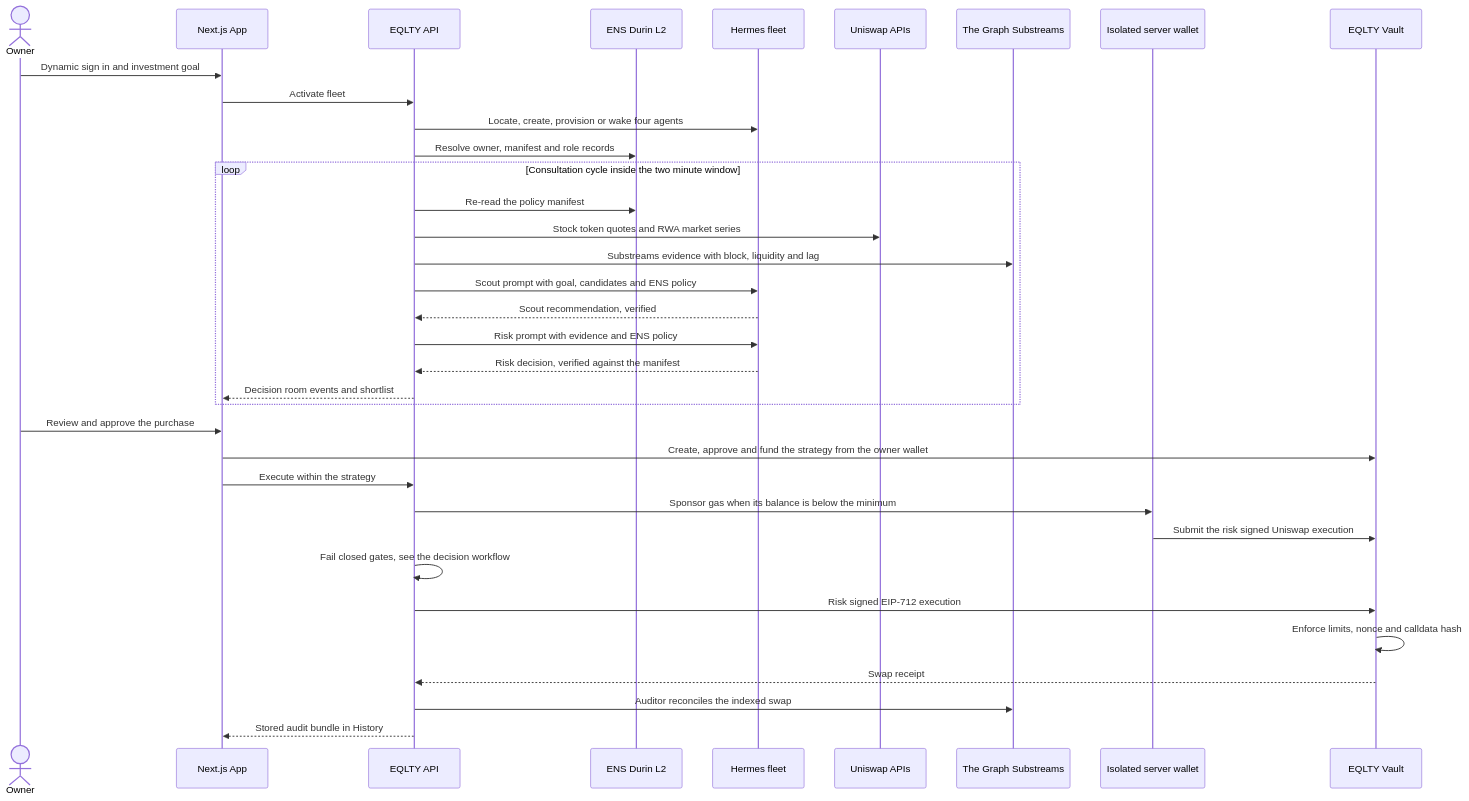
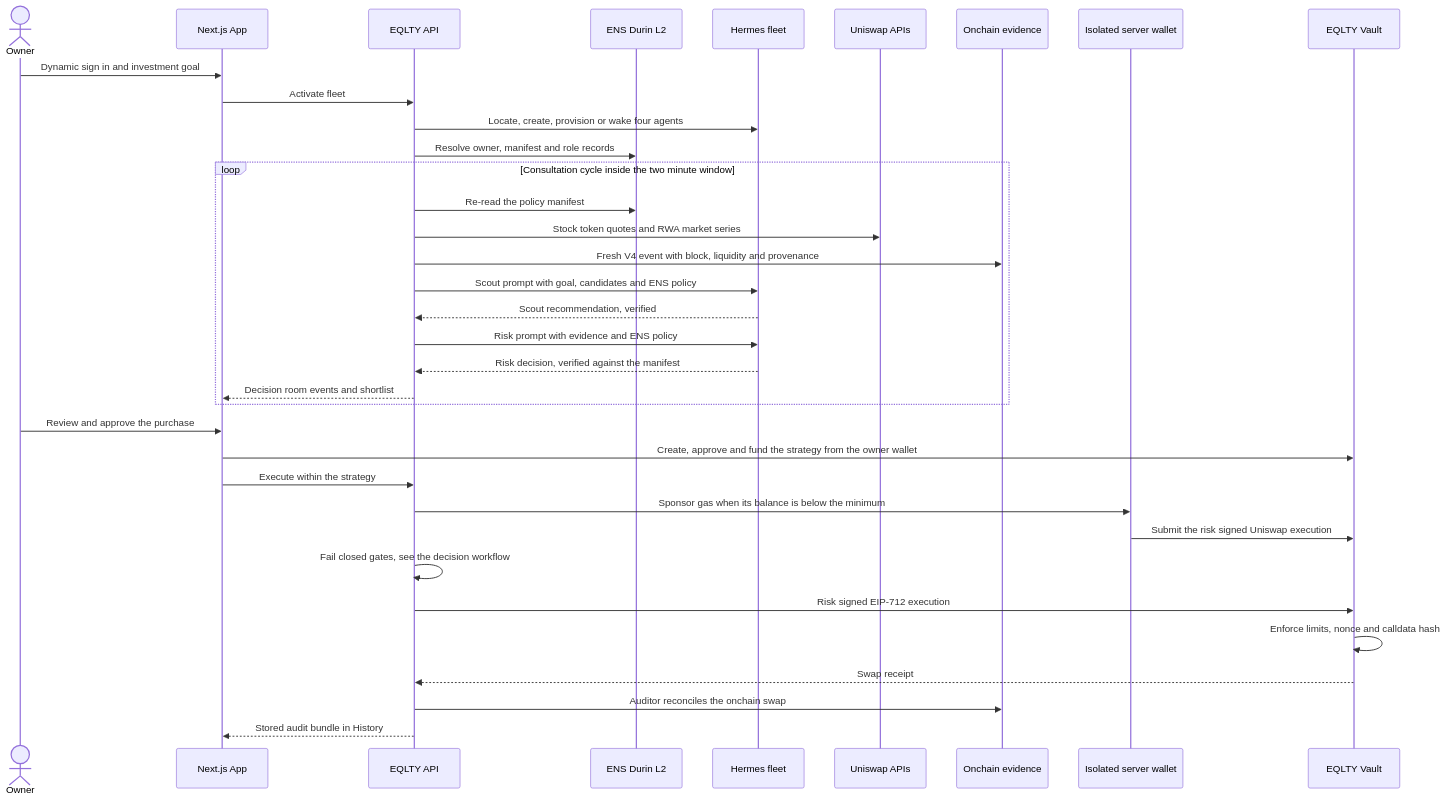
Before and after one commit to PerkOS-xyz/PerkOS-EQLTY: the second of 3 diagrams in README.md, drawn with Mermaid. The commit also changed other lines of this file and 5 other files, not shown here.

````diff
--- a/README.md
+++ b/README.md
@@ -174,40 +180,40 @@
 ```mermaid
 sequenceDiagram
   actor Owner
   participant App as Next.js App
   participant API as EQLTY API
   participant ENS as ENS Durin L2
   participant Fleet as Hermes fleet
   participant Uniswap as Uniswap APIs
-  participant Graph as The Graph Substreams
+  participant Evidence as Onchain evidence
   participant Trader as Isolated server wallet
   participant Vault as EQLTY Vault
 
   Owner->>App: Dynamic sign in and investment goal
   App->>API: Activate fleet
   API->>Fleet: Locate, create, provision or wake four agents
   API->>ENS: Resolve owner, manifest and role records
 
   loop Consultation cycle inside the two minute window
     API->>ENS: Re-read the policy manifest
     API->>Uniswap: Stock token quotes and RWA market series
-    API->>Graph: Substreams evidence with block, liquidity and lag
+    API->>Evidence: Fresh V4 event with block, liquidity and provenance
     API->>Fleet: Scout prompt with goal, candidates and ENS policy
     Fleet-->>API: Scout recommendation, verified
     API->>Fleet: Risk prompt with evidence and ENS policy
     Fleet-->>API: Risk decision, verified against the manifest
     API-->>App: Decision room events and shortlist
   end
 
   Owner->>App: Review and approve the purchase
   App->>Vault: Create, approve and fund the strategy from the owner wallet
   App->>API: Execute within the strategy
   API->>Trader: Sponsor gas when its balance is below the minimum
   Trader->>Vault: Submit the risk signed Uniswap execution
   API->>API: Fail closed gates, see the decision workflow
   API->>Vault: Risk signed EIP-712 execution
   Vault->>Vault: Enforce limits, nonce and calldata hash
   Vault-->>API: Swap receipt
-  API->>Graph: Auditor reconciles the indexed swap
+  API->>Evidence: Auditor reconciles the onchain swap
   API-->>App: Stored audit bundle in History
 ```
````
